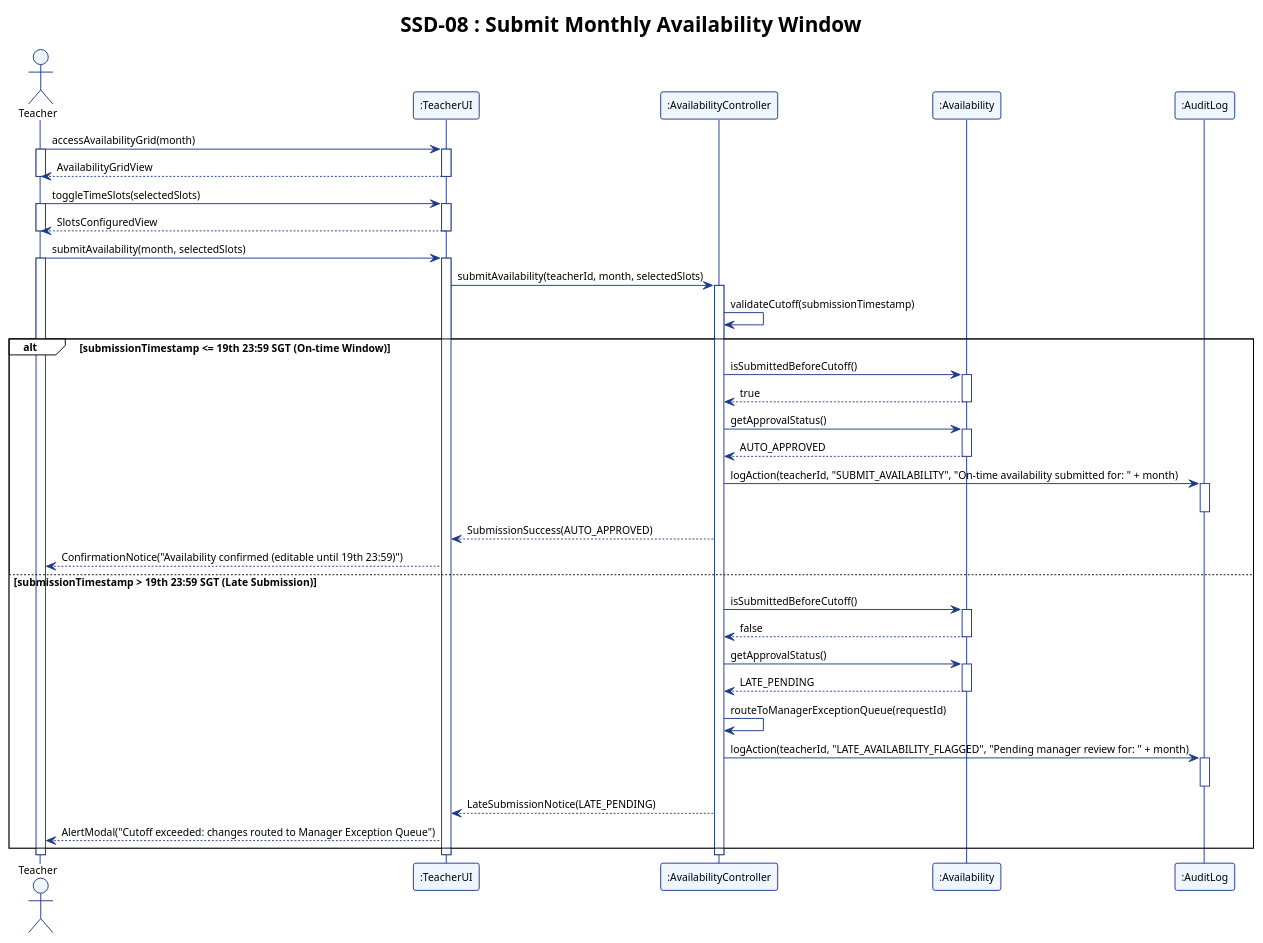
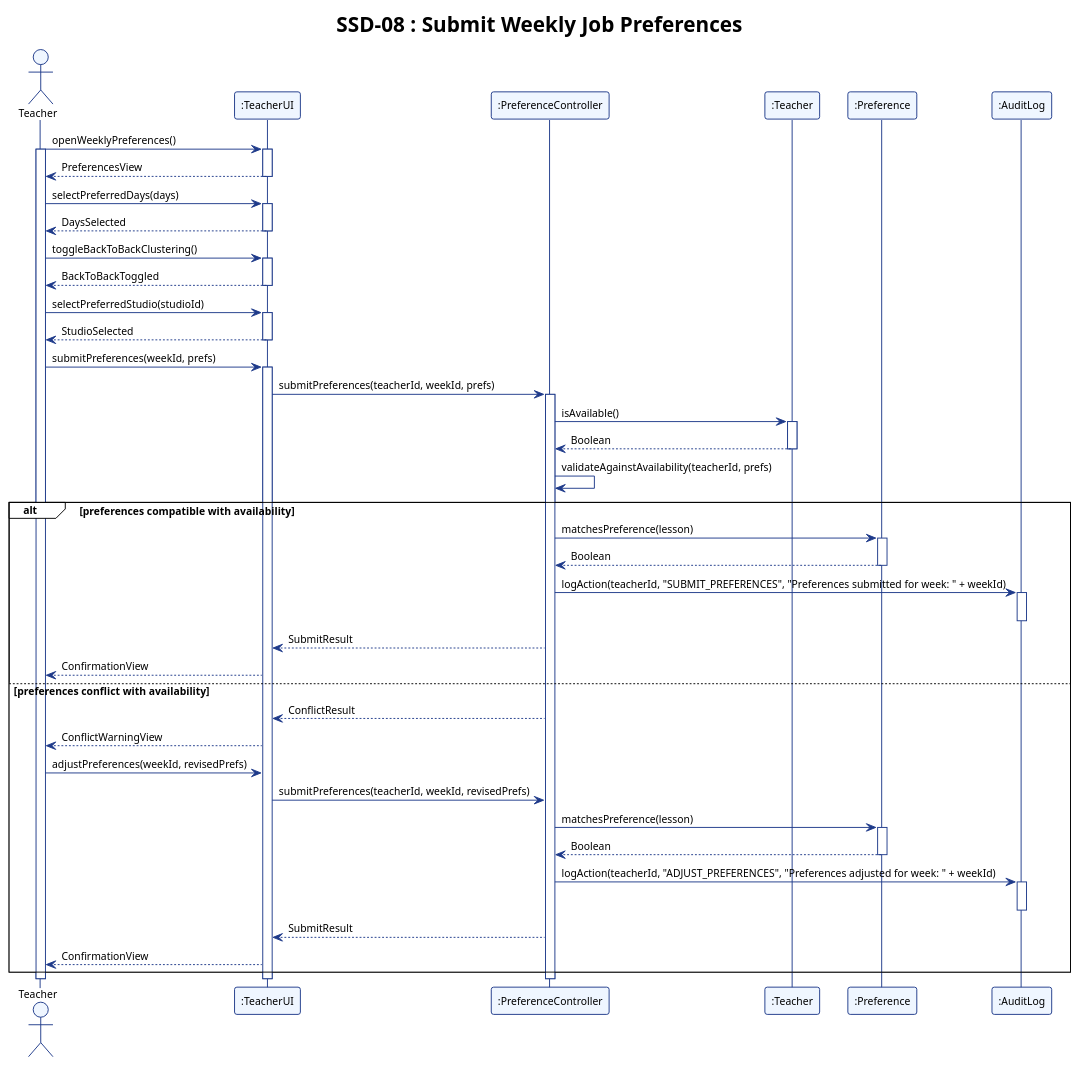
Before and after one commit to adoreblvnk/2001temp: the diagram in report/assets/ssd_08.puml, drawn with PlantUML. The commit also changed 27 other files, not shown here.

```diff
--- a/report/assets/ssd_08.puml
+++ b/report/assets/ssd_08.puml
@@ -1,89 +1,86 @@
 @startuml ssd_08
 !theme plain
 skinparam shadowing false
 skinparam defaultFontName "Helvetica", "Arial", sans-serif
 skinparam defaultFontSize 11
 skinparam sequence {
     ParticipantBorderColor #1E3A8A
     ParticipantBackgroundColor #EFF6FF
     LifeLineBorderColor #1E3A8A
     LifeLineBackgroundColor #FFFFFF
     ArrowColor #1E3A8A
     ActorBorderColor #1E3A8A
     ActorBackgroundColor #EFF6FF
 }
 
-title SSD-08 : Submit Monthly Availability Window
+title SSD-08 : Submit Weekly Job Preferences
 
 actor Teacher
 participant ":TeacherUI" as TeacherUI
-participant ":AvailabilityController" as AvailabilityController
-participant ":Availability" as Availability
+participant ":PreferenceController" as PreferenceController
+participant ":Teacher" as TeacherEntity
+participant ":Preference" as PreferenceEntity
 participant ":AuditLog" as AuditLog
 
-Teacher -> TeacherUI : accessAvailabilityGrid(month)
+Teacher -> TeacherUI : openWeeklyPreferences()
 activate Teacher
 activate TeacherUI
+TeacherUI --> Teacher : PreferencesView
+deactivate TeacherUI
 
-TeacherUI --> Teacher : AvailabilityGridView
+Teacher -> TeacherUI : selectPreferredDays(days)
+activate TeacherUI
+TeacherUI --> Teacher : DaysSelected
+deactivate TeacherUI
+
+Teacher -> TeacherUI : toggleBackToBackClustering()
+activate TeacherUI
+TeacherUI --> Teacher : BackToBackToggled
+deactivate TeacherUI
+
+Teacher -> TeacherUI : selectPreferredStudio(studioId)
+activate TeacherUI
+TeacherUI --> Teacher : StudioSelected
+deactivate TeacherUI
+
+Teacher -> TeacherUI : submitPreferences(weekId, prefs)
+activate TeacherUI
+TeacherUI -> PreferenceController : submitPreferences(teacherId, weekId, prefs)
+activate PreferenceController
+PreferenceController -> TeacherEntity : isAvailable()
+activate TeacherEntity
+TeacherEntity --> PreferenceController : Boolean
+deactivate TeacherEntity
+PreferenceController -> PreferenceController : validateAgainstAvailability(teacherId, prefs)
+
+alt preferences compatible with availability
+    PreferenceController -> PreferenceEntity : matchesPreference(lesson)
+    activate PreferenceEntity
+    PreferenceEntity --> PreferenceController : Boolean
+    deactivate PreferenceEntity
+    PreferenceController -> AuditLog : logAction(teacherId, "SUBMIT_PREFERENCES", "Preferences submitted for week: " + weekId)
+    activate AuditLog
+    deactivate AuditLog
+    PreferenceController --> TeacherUI : SubmitResult
+    TeacherUI --> Teacher : ConfirmationView
+else preferences conflict with availability
+    PreferenceController --> TeacherUI : ConflictResult
+    TeacherUI --> Teacher : ConflictWarningView
+
+    Teacher -> TeacherUI : adjustPreferences(weekId, revisedPrefs)
+    TeacherUI -> PreferenceController : submitPreferences(teacherId, weekId, revisedPrefs)
+    PreferenceController -> PreferenceEntity : matchesPreference(lesson)
+    activate PreferenceEntity
+    PreferenceEntity --> PreferenceController : Boolean
+    deactivate PreferenceEntity
+    PreferenceController -> AuditLog : logAction(teacherId, "ADJUST_PREFERENCES", "Preferences adjusted for week: " + weekId)
+    activate AuditLog
+    deactivate AuditLog
+    PreferenceController --> TeacherUI : SubmitResult
+    TeacherUI --> Teacher : ConfirmationView
+end
+
+deactivate PreferenceController
 deactivate TeacherUI
 deactivate Teacher
-
-Teacher -> TeacherUI : toggleTimeSlots(selectedSlots)
-activate Teacher
-activate TeacherUI
-TeacherUI --> Teacher : SlotsConfiguredView
-deactivate TeacherUI
-deactivate Teacher
-
-Teacher -> TeacherUI : submitAvailability(month, selectedSlots)
-activate Teacher
-activate TeacherUI
-TeacherUI -> AvailabilityController : submitAvailability(teacherId, month, selectedSlots)
-activate AvailabilityController
-
-AvailabilityController -> AvailabilityController : validateCutoff(submissionTimestamp)
-
-alt submissionTimestamp <= 19th 23:59 SGT (On-time Window)
-    AvailabilityController -> Availability : isSubmittedBeforeCutoff()
-    activate Availability
-    Availability --> AvailabilityController : true
-    deactivate Availability
-
-    AvailabilityController -> Availability : getApprovalStatus()
-    activate Availability
-    Availability --> AvailabilityController : AUTO_APPROVED
-    deactivate Availability
-
-    AvailabilityController -> AuditLog : logAction(teacherId, "SUBMIT_AVAILABILITY", "On-time availability submitted for: " + month)
-    activate AuditLog
-    deactivate AuditLog
-
-    AvailabilityController --> TeacherUI : SubmissionSuccess(AUTO_APPROVED)
-    TeacherUI --> Teacher : ConfirmationNotice("Availability confirmed (editable until 19th 23:59)")
-else submissionTimestamp > 19th 23:59 SGT (Late Submission)
-    AvailabilityController -> Availability : isSubmittedBeforeCutoff()
-    activate Availability
-    Availability --> AvailabilityController : false
-    deactivate Availability
-
-    AvailabilityController -> Availability : getApprovalStatus()
-    activate Availability
-    Availability --> AvailabilityController : LATE_PENDING
-    deactivate Availability
-
-    AvailabilityController -> AvailabilityController : routeToManagerExceptionQueue(requestId)
-
-    AvailabilityController -> AuditLog : logAction(teacherId, "LATE_AVAILABILITY_FLAGGED", "Pending manager review for: " + month)
-    activate AuditLog
-    deactivate AuditLog
-
-    AvailabilityController --> TeacherUI : LateSubmissionNotice(LATE_PENDING)
-    TeacherUI --> Teacher : AlertModal("Cutoff exceeded: changes routed to Manager Exception Queue")
-end
-
-deactivate AvailabilityController
-deactivate TeacherUI
-deactivate Teacher
-
 @enduml
```
